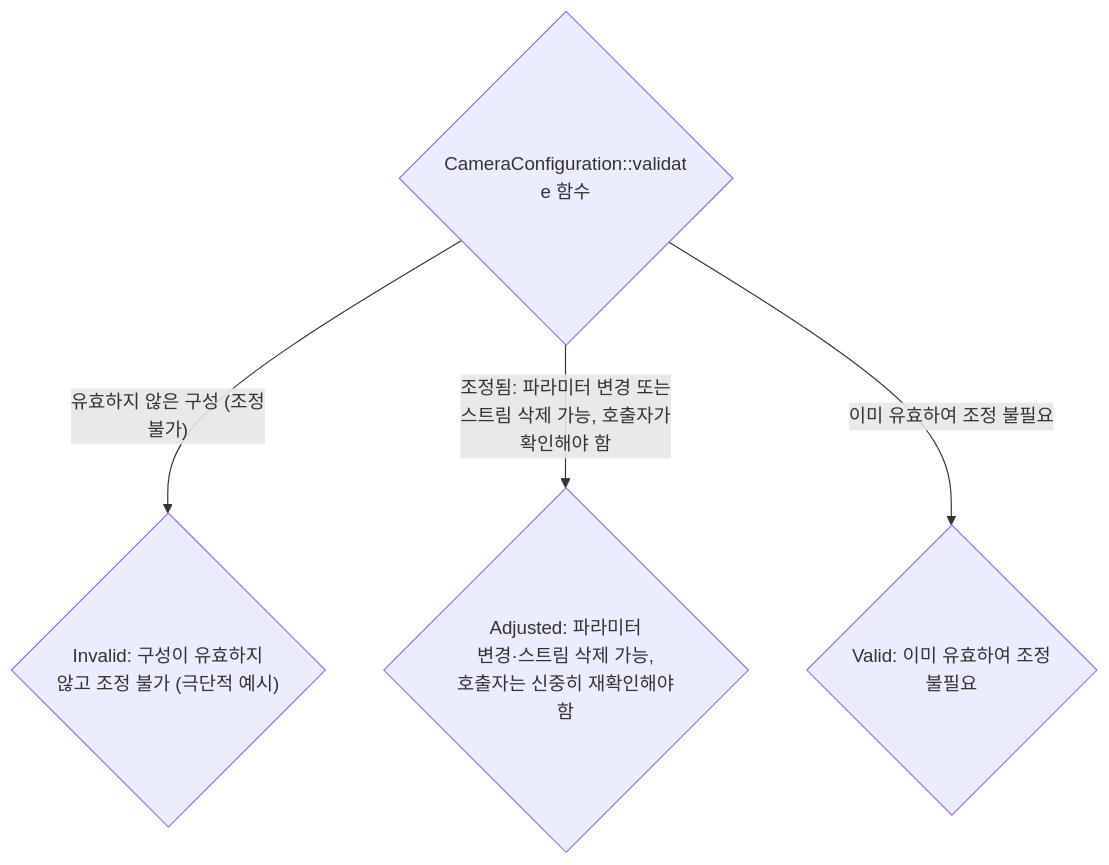
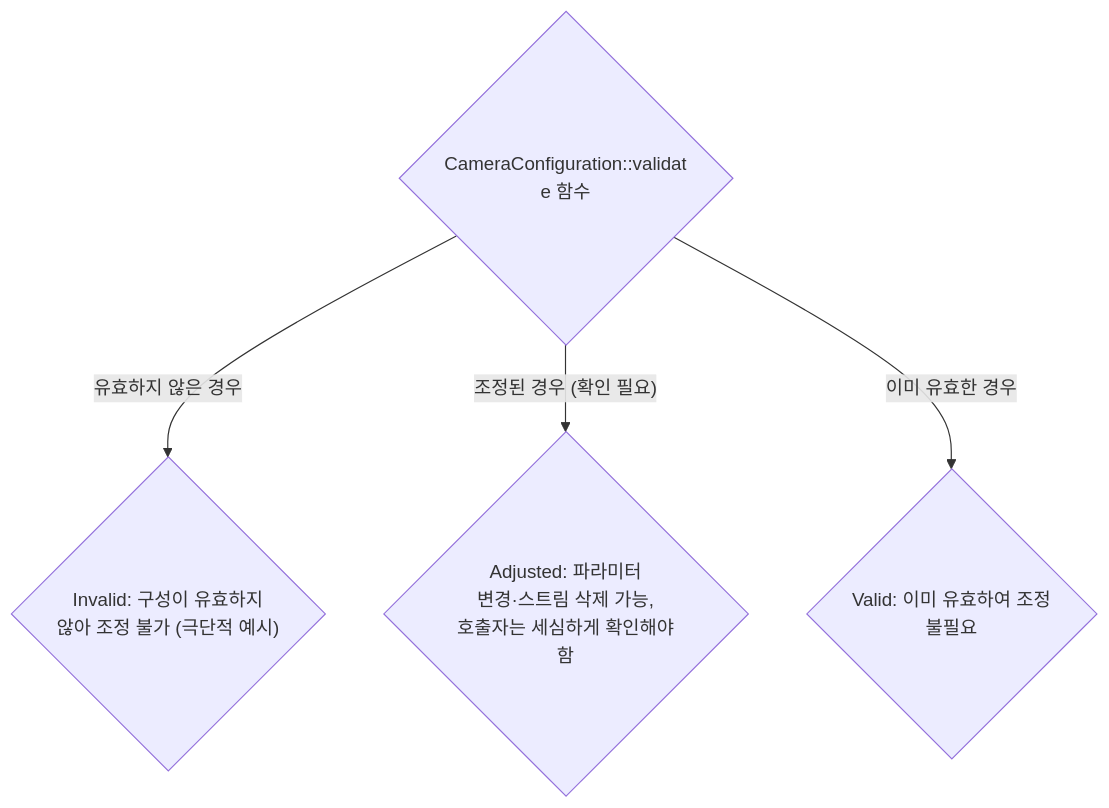
Before and after one commit to TTolsun/libcamera-sdd: the first of 2 diagrams in docs/vendor-assurance.md, drawn with Mermaid. The commit also changed other lines of this file and 156 other files, not shown here.

````diff
--- a/docs/vendor-assurance.md
+++ b/docs/vendor-assurance.md
@@ -38,11 +37,11 @@
 ```mermaid
 flowchart TB
-%% sdd:translations {"Adjusted: 파라미터 <br/>변경·스트림 삭제 가능, <br/>호출자는 신중히 재확인해야 <br/>함": "Adjusted: parameters may <br/>have changed or streams <br/>removed; caller shall check <br/>carefully", "CameraConfiguration::validat<br/>e 함수": "CameraConfiguration::validat<br/>e function", "Invalid: 구성이 유효하지 <br/>않고 조정 불가 (극단적 예시)": "Invalid: configuration is <br/>invalid and can&#x27;t be <br/>adjusted (extreme case)", "Valid: 이미 유효하여 조정 <br/>불필요": "Valid: configuration was <br/>already valid and hasn&#x27;t <br/>been adjusted", "유효하지 않은 구성 (조정 <br/>불가)": "Invalid configuration <br/>(cannot be adjusted)", "이미 유효하여 조정 불필요": "Already valid; no <br/>adjustment needed", "조정됨: 파라미터 변경 또는 <br/>스트림 삭제 가능, 호출자가 <br/>확인해야 함": "Adjusted: parameters may <br/>have changed or streams <br/>removed; caller shall check <br/>carefully"}
+%% sdd:translations {"Adjusted: 파라미터 <br/>변경·스트림 삭제 가능, <br/>호출자는 세심하게 확인해야 <br/>함": "Adjusted: parameters may <br/>have changed or streams <br/>removed; caller shall check <br/>carefully", "CameraConfiguration::validat<br/>e 함수": "CameraConfiguration::validat<br/>e function", "Invalid: 구성이 유효하지 <br/>않아 조정 불가 (극단적 예시)": "Invalid: configuration is <br/>invalid and can&#x27;t be <br/>adjusted (extreme case)", "Valid: 이미 유효하여 조정 <br/>불필요": "Valid: configuration was <br/>already valid and hasn&#x27;t <br/>been adjusted", "유효하지 않은 경우": "Invalid case", "이미 유효한 경우": "Valid case", "조정된 경우 (확인 필요)": "Adjusted case (caller must <br/>check)"}
   v_n0{"CameraConfiguration::validat<br/>e 함수"}
-  v_n1{"Invalid: 구성이 유효하지 <br/>않고 조정 불가 (극단적 예시)"}
-  v_n2{"Adjusted: 파라미터 <br/>변경·스트림 삭제 가능, <br/>호출자는 신중히 재확인해야 <br/>함"}
+  v_n1{"Invalid: 구성이 유효하지 <br/>않아 조정 불가 (극단적 예시)"}
+  v_n2{"Adjusted: 파라미터 <br/>변경·스트림 삭제 가능, <br/>호출자는 세심하게 확인해야 <br/>함"}
   v_n3{"Valid: 이미 유효하여 조정 <br/>불필요"}
-  v_n0 -->|"유효하지 않은 구성 (조정 <br/>불가)"| v_n1
-  v_n0 -->|"조정됨: 파라미터 변경 또는 <br/>스트림 삭제 가능, 호출자가 <br/>확인해야 함"| v_n2
-  v_n0 -->|"이미 유효하여 조정 불필요"| v_n3
+  v_n0 -->|"유효하지 않은 경우"| v_n1
+  v_n0 -->|"조정된 경우 (확인 필요)"| v_n2
+  v_n0 -->|"이미 유효한 경우"| v_n3
 ```
````
